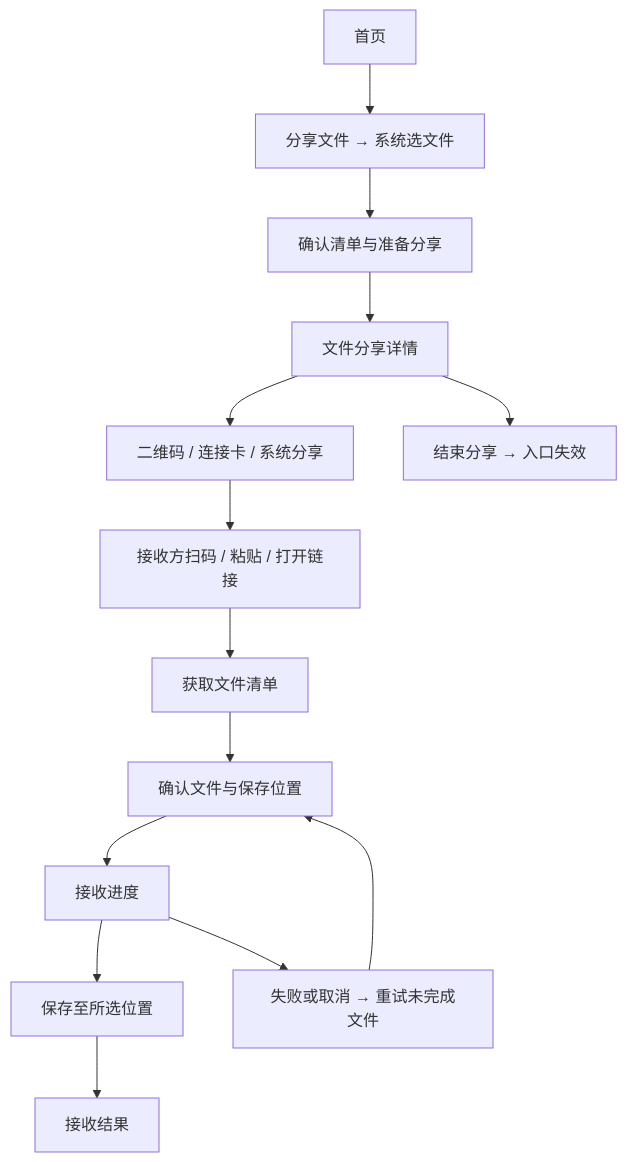
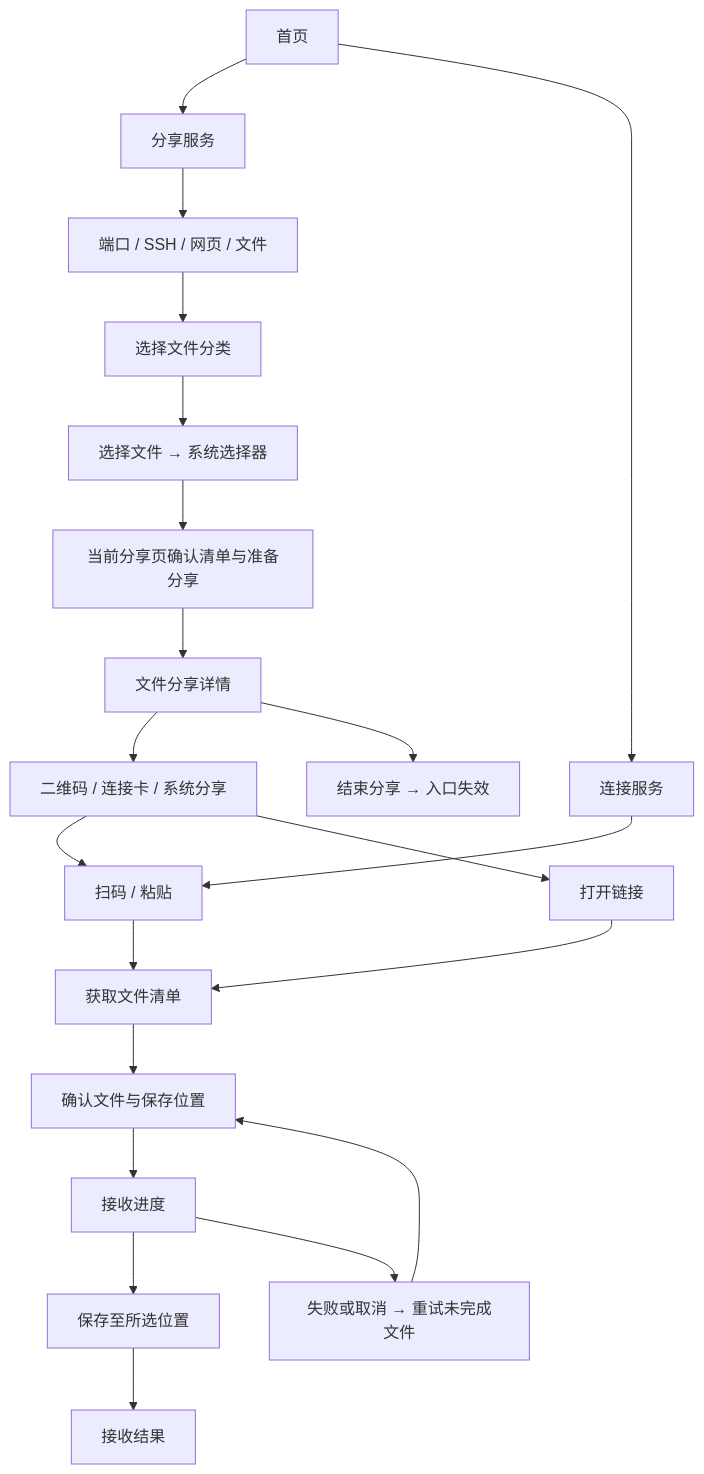
The diagram in docs/file-sharing-prd.md (DBinK/tailtap), drawn with Mermaid before and after one commit. The commit also changed other lines of this file and 13 other files, not shown here.

````diff
--- a/docs/file-sharing-prd.md
+++ b/docs/file-sharing-prd.md
@@ -30,16 +38,23 @@
 ```mermaid
 flowchart TD
-    Home[首页] --> Select[分享文件 → 系统选文件]
-    Select --> Prepare[确认清单与准备分享]
+    Home[首页] --> Share[分享服务]
+    Share --> Kind[端口 / SSH / 网页 / 文件]
+    Kind --> Files[选择文件分类]
+    Files --> Select[选择文件 → 系统选择器]
+    Select --> Prepare[当前分享页确认清单与准备分享]
     Prepare --> Send[文件分享详情]
     Send --> Card[二维码 / 连接卡 / 系统分享]
-    Card --> Input[接收方扫码 / 粘贴 / 打开链接]
+    Home --> Connect[连接服务]
+    Connect --> Input[扫码 / 粘贴]
+    Card --> Input
+    Card --> Link[打开链接]
+    Link --> Preview
     Input --> Preview[获取文件清单]
     Preview --> Confirm[确认文件与保存位置]
     Confirm --> Transfer[接收进度]
     Transfer --> Save[保存至所选位置]
     Save --> Result[接收结果]
     Transfer --> Retry[失败或取消 → 重试未完成文件]
     Retry --> Confirm
     Send --> Stop[结束分享 → 入口失效]
 ```
````
